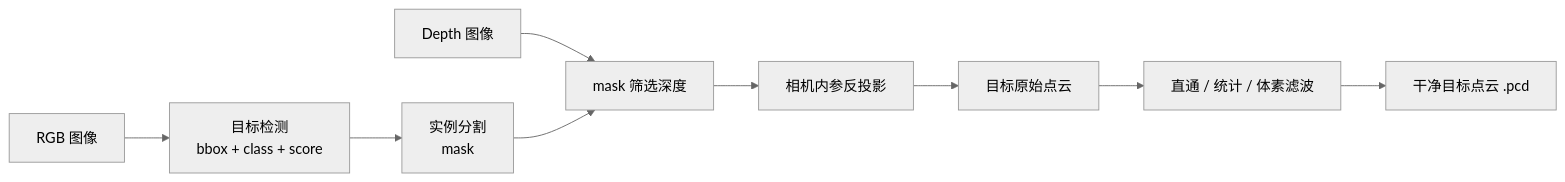
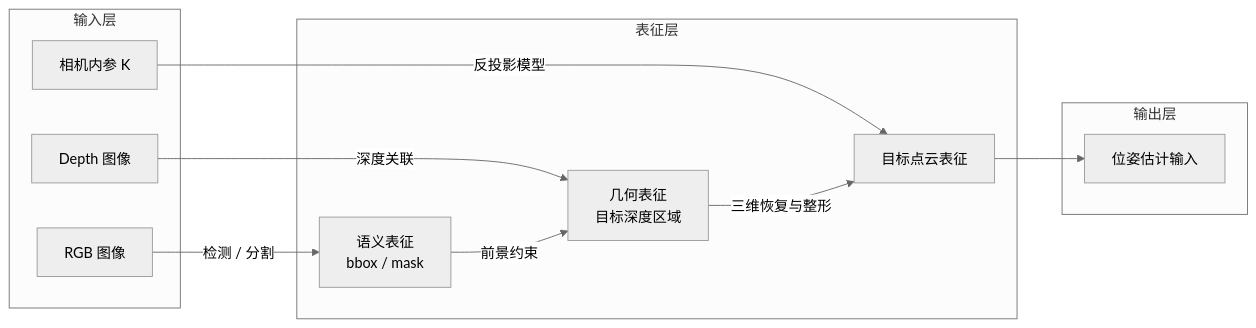
One commit to Xbotics-Embodied-AI-club/Xbotics-Embodied-AI-Handbook changed the fourth of 12 diagrams in docs/part2-vision-manipulation/06-pose_0719.md. Above: the diagram before and after it, drawn with Mermaid (neutral theme). The commit also changed other lines of this file and 9 other files, not shown here.

````diff
--- a/docs/part2-vision-manipulation/06-pose_0719.md
+++ b/docs/part2-vision-manipulation/06-pose_0719.md
@@ -242,11 +266,24 @@
 ```mermaid
 flowchart LR
-    A[RGB 图像] --> B[目标检测\nbbox + class + score]
-    B --> C[实例分割\nmask]
-    D[Depth 图像] --> E[mask 筛选深度]
-    C --> E
-    E --> F[相机内参反投影]
-    F --> G[目标原始点云]
-    G --> H[直通 / 统计 / 体素滤波]
-    H --> I[干净目标点云 .pcd]
+    subgraph I4[输入层]
+        A4[RGB 图像]
+        B4[Depth 图像]
+        C4[相机内参 K]
+    end
+    subgraph R4[表征层]
+        D4[语义表征
+bbox / mask]
+        E4[几何表征
+目标深度区域]
+        F4[目标点云表征]
+    end
+    subgraph O4[输出层]
+        G4[位姿估计输入]
+    end
+    A4 -->|检测 / 分割| D4
+    B4 -->|深度关联| E4
+    D4 -->|前景约束| E4
+    C4 -->|反投影模型| F4
+    E4 -->|三维恢复与整形| F4
+    F4 --> G4
 ```
````
